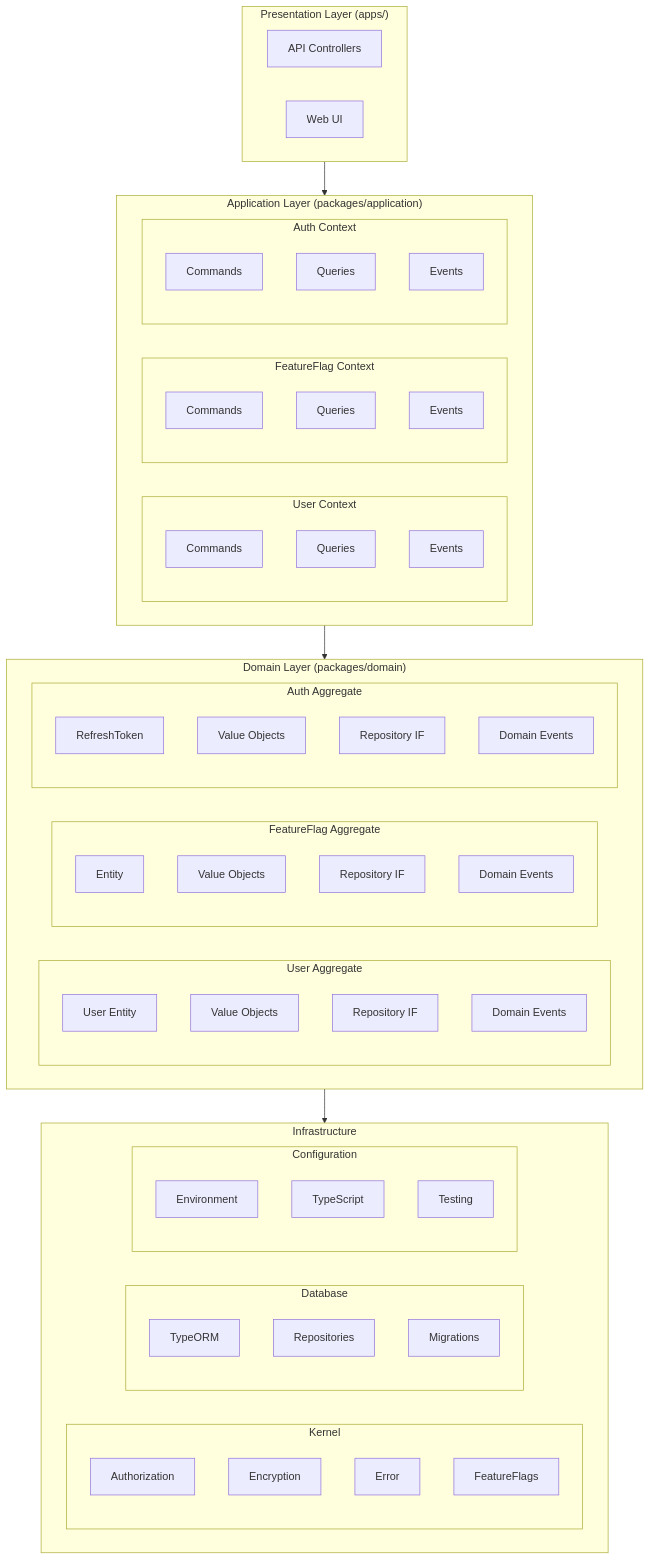
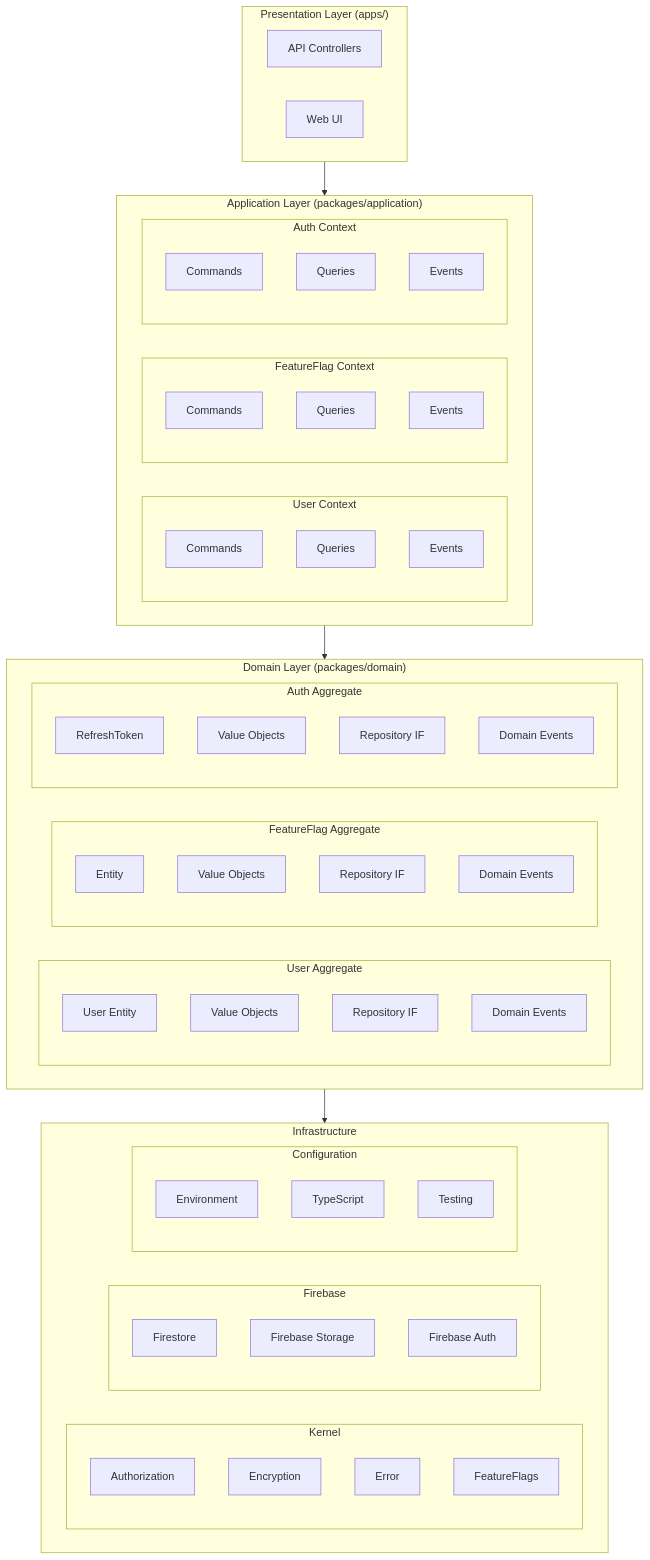
One commit to HigorAlves/EchoModel changed the first of 4 diagrams in docs/architecture/overview.md. Above: the diagram before and after it, drawn with Mermaid. The commit also changed other lines of this file and 11 other files, not shown here.

````diff
--- a/docs/architecture/overview.md
+++ b/docs/architecture/overview.md
@@ -7,69 +7,69 @@
 ```mermaid
 graph TB
     subgraph Presentation["Presentation Layer (apps/)"]
         API[API Controllers]
         Web[Web UI]
     end
 
     subgraph Application["Application Layer (packages/application)"]
         subgraph UserCtx["User Context"]
             UC[Commands]
             UQ[Queries]
             UE[Events]
         end
         subgraph FlagCtx["FeatureFlag Context"]
             FC[Commands]
             FQ[Queries]
             FE[Events]
         end
         subgraph AuthCtx["Auth Context"]
             AC[Commands]
             AQ[Queries]
             AE[Events]
         end
     end
 
     subgraph Domain["Domain Layer (packages/domain)"]
         subgraph UserAgg["User Aggregate"]
             UEntity[User Entity]
             UVO[Value Objects]
             URepo[Repository IF]
             UEvents[Domain Events]
         end
         subgraph FlagAgg["FeatureFlag Aggregate"]
             FEntity[Entity]
             FVO[Value Objects]
             FRepo[Repository IF]
             FEvents[Domain Events]
         end
         subgraph AuthAgg["Auth Aggregate"]
             AEntity[RefreshToken]
             AVO[Value Objects]
             ARepo[Repository IF]
             AEvents[Domain Events]
         end
     end
 
     subgraph Infra["Infrastructure"]
         subgraph Kernel["Kernel"]
             Auth[Authorization]
             Enc[Encryption]
             Err[Error]
             FF[FeatureFlags]
         end
-        subgraph Database["Database"]
-            ORM[TypeORM]
-            Repos[Repositories]
-            Mig[Migrations]
+        subgraph Firebase["Firebase"]
+            Firestore[Firestore]
+            Storage[Firebase Storage]
+            FBAuth[Firebase Auth]
         end
         subgraph Config["Configuration"]
             Env[Environment]
             TS[TypeScript]
             Test[Testing]
         end
     end
 
     Presentation --> Application
     Application --> Domain
     Domain --> Infra
 ```
````
